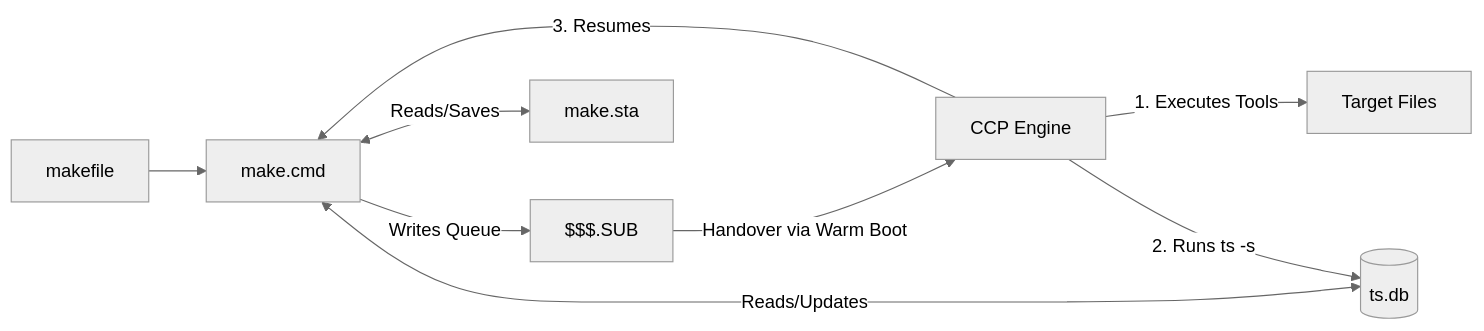
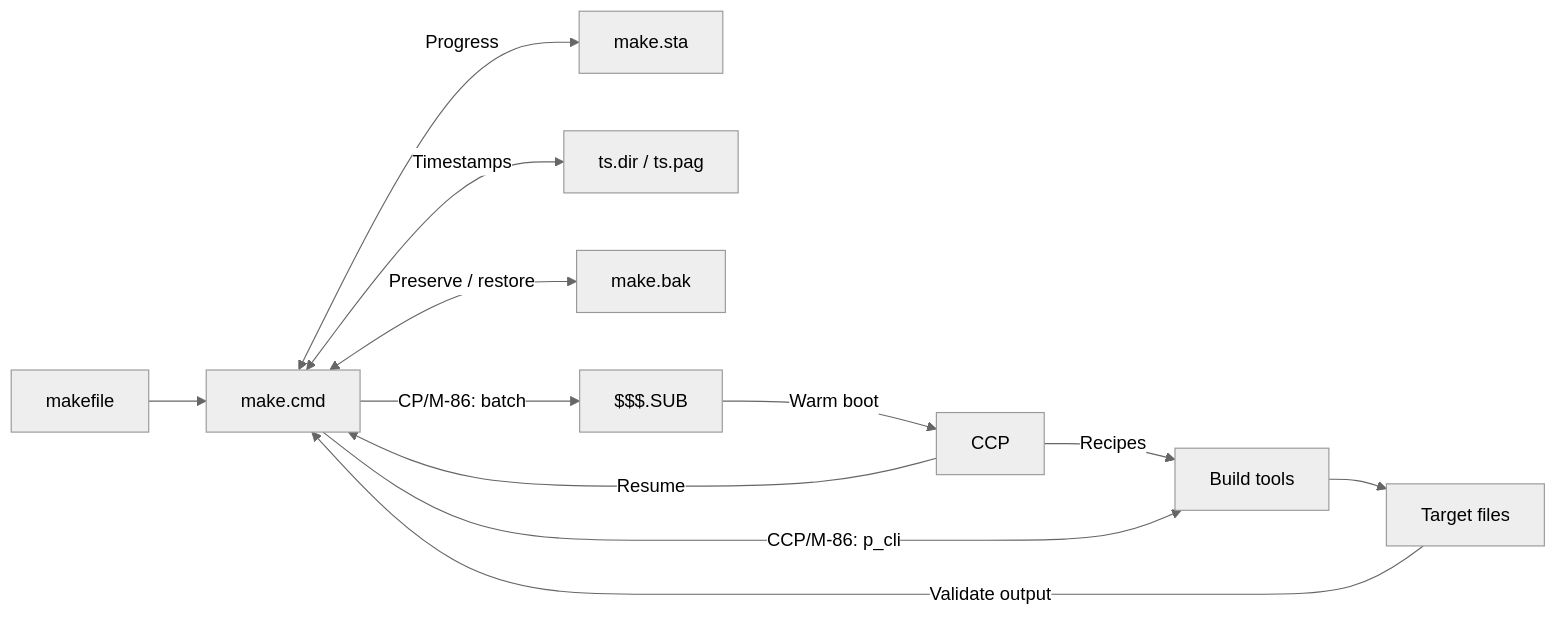
The first of 3 diagrams in README.md (tsupplis/cpm86-make), drawn with Mermaid (neutral theme) before and after one commit. The commit also changed other lines of this file and 2 other files, not shown here.

````diff
--- a/README.md
+++ b/README.md
@@ -188,11 +167,14 @@
 ```mermaid
 flowchart LR
     MF[makefile] --> MK[make.cmd]
-    MK -->|Writes Queue| SUB[$$$.SUB]
-    MK <-->|Reads/Saves| STA[make.sta]
-    MK <-->|Reads/Updates| DB[(ts.db)]
-    SUB -->|Handover via Warm Boot| CCP[CCP Engine]
-    CCP -->|1. Executes Tools| TGT[Target Files]
-    CCP -->|2. Runs ts -s| DB
-    CCP -->|3. Resumes| MK
+    MK <-->|Progress| STA[make.sta]
+    MK <-->|Timestamps| DB[ts.dir / ts.pag]
+    MK <-->|Preserve / restore| BAK[make.bak]
+    MK -->|CP/M-86: batch| SUB[$$$.SUB]
+    SUB -->|Warm boot| CCP[CCP]
+    CCP -->|Recipes| TOOLS[Build tools]
+    CCP -->|Resume| MK
+    MK -->|CCP/M-86: p_cli| TOOLS
+    TOOLS --> TGT[Target files]
+    TGT -->|Validate output| MK
 ```
````
